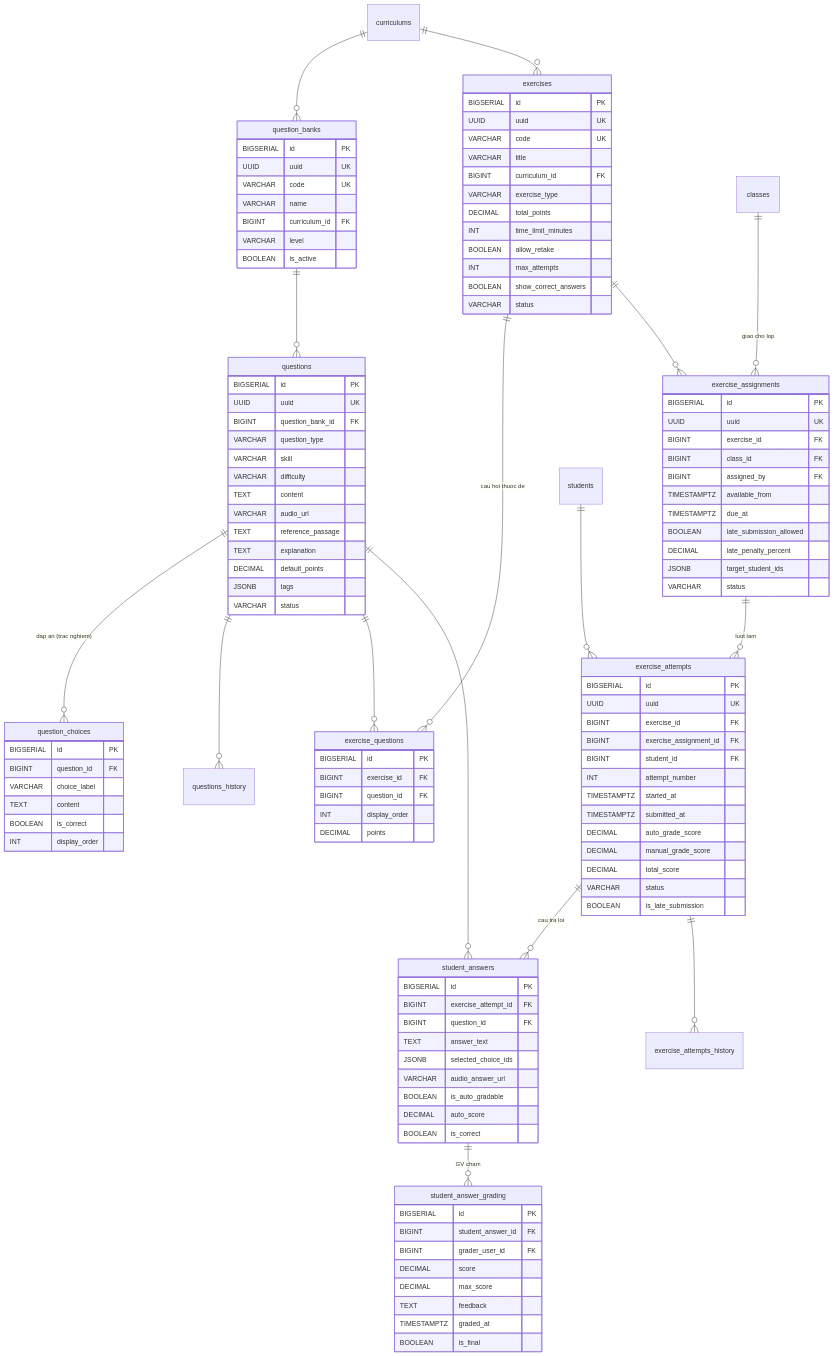
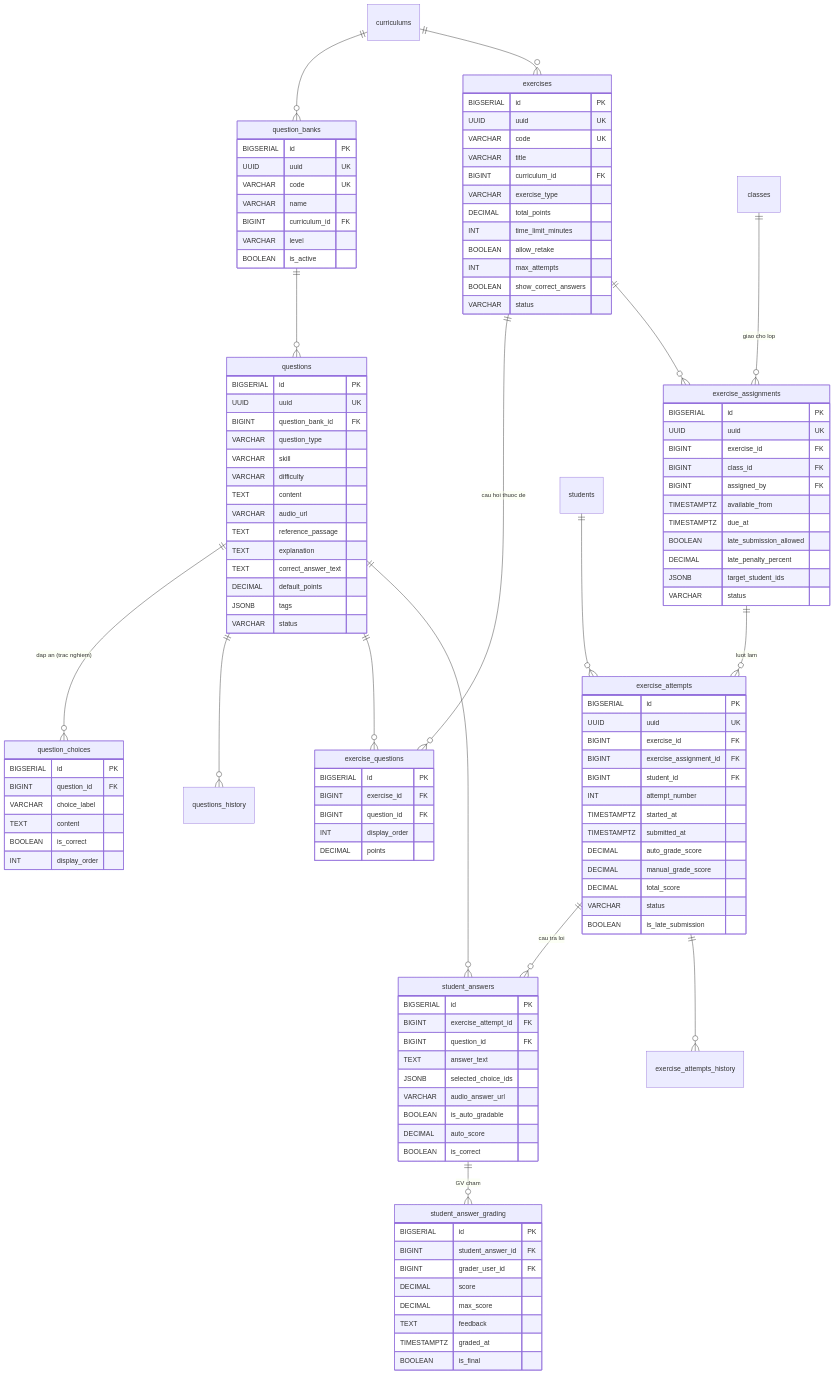
One commit to langtuananh2424/pps-education changed the third of 5 diagrams in docs/sdd-groups/09-lms-and-portal.md. Above: the diagram before and after it, drawn with Mermaid. The commit also changed other lines of this file and 12 other files, not shown here.

```diff
--- a/docs/sdd-groups/09-lms-and-portal.md
+++ b/docs/sdd-groups/09-lms-and-portal.md
@@ -438,6 +438,7 @@
         VARCHAR audio_url
         TEXT reference_passage
         TEXT explanation
+        TEXT correct_answer_text
         DECIMAL default_points
         JSONB tags
         VARCHAR status
```
